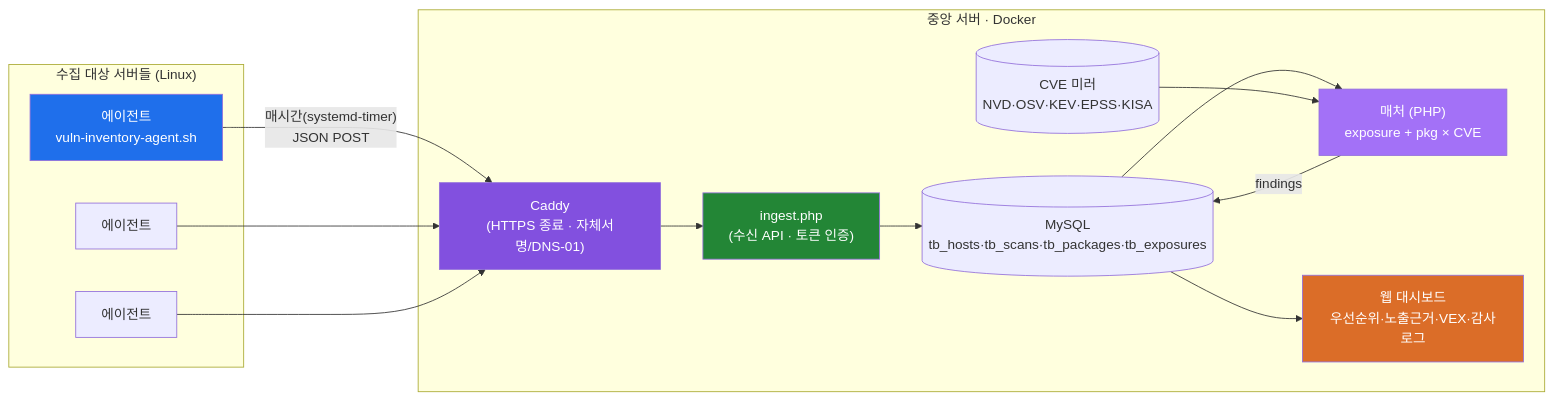
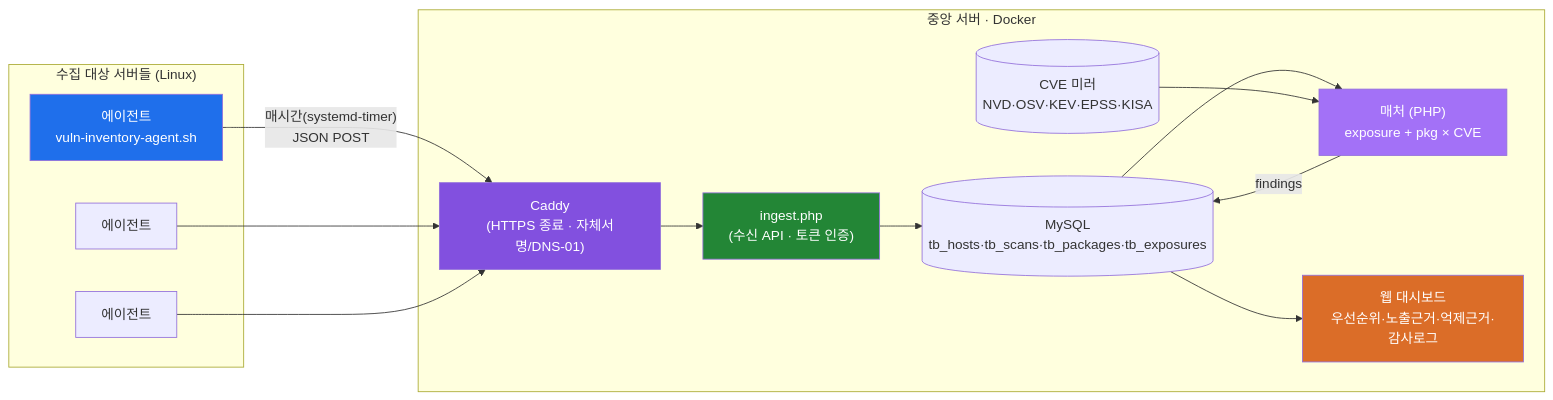
The first of 6 diagrams in docs/architecture.md (JeongDoWook/vuln-agent), drawn with Mermaid before and after one commit. The commit also changed 4 other files, not shown here.

````diff
--- a/docs/architecture.md
+++ b/docs/architecture.md
@@ -11,33 +11,33 @@
 ```mermaid
 flowchart LR
     subgraph Servers["수집 대상 서버들 (Linux)"]
         A1["에이전트<br/>vuln-inventory-agent.sh"]
         A2["에이전트"]
         A3["에이전트"]
     end
 
     subgraph Central["중앙 서버 · Docker"]
         CADDY["Caddy<br/>(HTTPS 종료 · 자체서명/DNS-01)"]
         ING["ingest.php<br/>(수신 API · 토큰 인증)"]
         DB[("MySQL<br/>tb_hosts·tb_scans·tb_packages·tb_exposures")]
         MAT["매처 (PHP)<br/>exposure + pkg × CVE"]
         CVE[("CVE 미러<br/>NVD·OSV·KEV·EPSS·KISA")]
-        WEB["웹 대시보드<br/>우선순위·노출근거·VEX·감사로그"]
+        WEB["웹 대시보드<br/>우선순위·노출근거·억제근거·감사로그"]
     end
 
     A1 -->|"매시간(systemd-timer)<br/>JSON POST"| CADDY
     A2 --> CADDY
     A3 --> CADDY
     CADDY --> ING
     ING --> DB
     DB --> MAT
     CVE --> MAT
     MAT -->|findings| DB
     DB --> WEB
 
     style A1 fill:#1f6feb,color:#fff
     style CADDY fill:#8250df,color:#fff
     style ING fill:#238636,color:#fff
     style MAT fill:#a371f7,color:#fff
     style WEB fill:#db6d28,color:#fff
 ```
````
